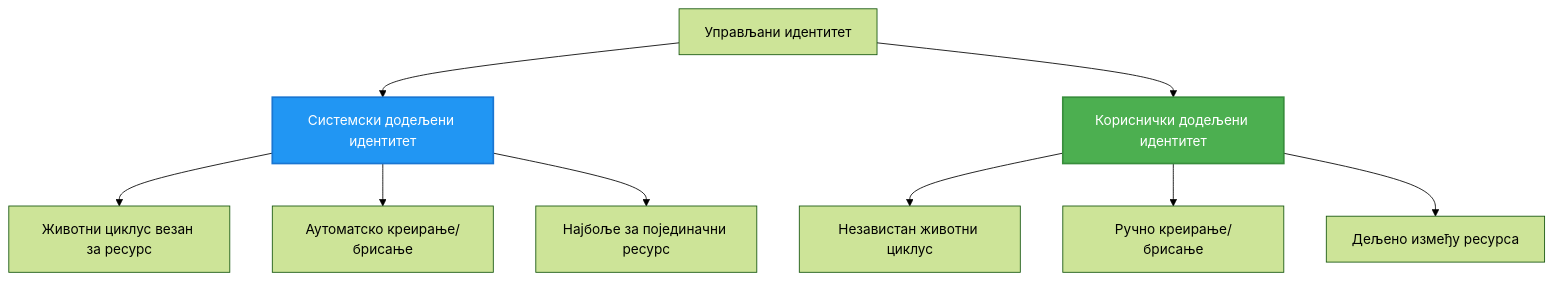
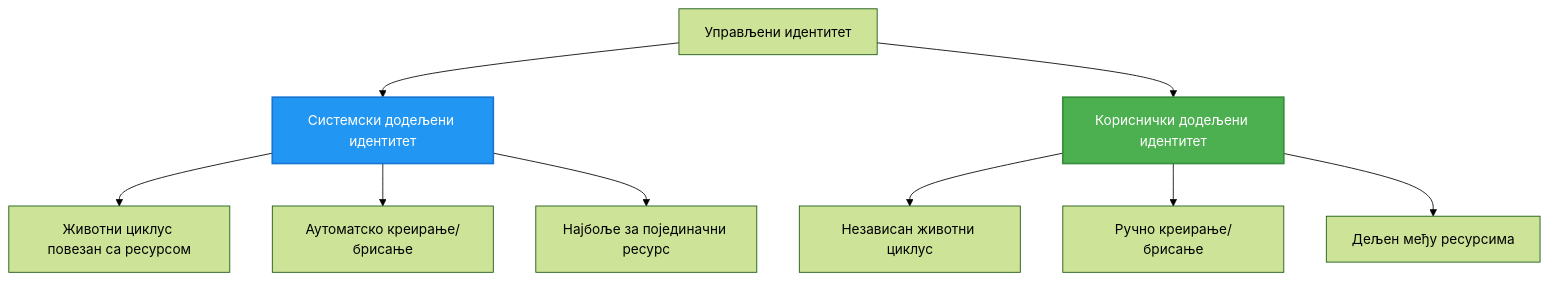
The second of 2 diagrams in translations/sr/docs/chapter-03-configuration/authsecurity.md (microsoft/AZD-for-beginners), drawn with Mermaid (forest theme) before and after one commit. The commit also changed other lines of this file and 104 other files, not shown here.

````diff
--- a/translations/sr/docs/chapter-03-configuration/authsecurity.md
+++ b/translations/sr/docs/chapter-03-configuration/authsecurity.md
@@ -97,20 +98,20 @@
 ```mermaid
 graph TB
-    MI[Управљани идентитет]
+    MI[Управљени идентитет]
     SystemAssigned[Системски додељени идентитет]
     UserAssigned[Кориснички додељени идентитет]
     
     MI --> SystemAssigned
     MI --> UserAssigned
     
-    SystemAssigned --> SA1[Животни циклус везан за ресурс]
+    SystemAssigned --> SA1[Животни циклус повезан са ресурсом]
     SystemAssigned --> SA2[Аутоматско креирање/брисање]
     SystemAssigned --> SA3[Најбоље за појединачни ресурс]
     
-    UserAssigned --> UA1[Независтан животни циклус]
+    UserAssigned --> UA1[Нeзависан животни циклус]
     UserAssigned --> UA2[Ручно креирање/брисање]
-    UserAssigned --> UA3[Дељено између ресурса]
+    UserAssigned --> UA3[Дељен међу ресурсима]
     
     style SystemAssigned fill:#2196F3,stroke:#1976D2,stroke-width:2px,color:#fff
     style UserAssigned fill:#4CAF50,stroke:#388E3C,stroke-width:2px,color:#fff
 ```
````
